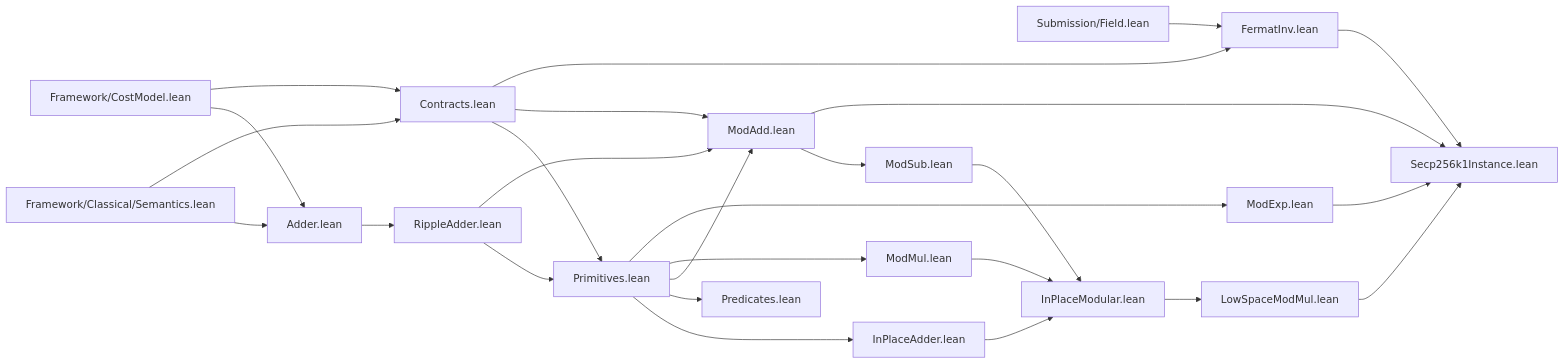
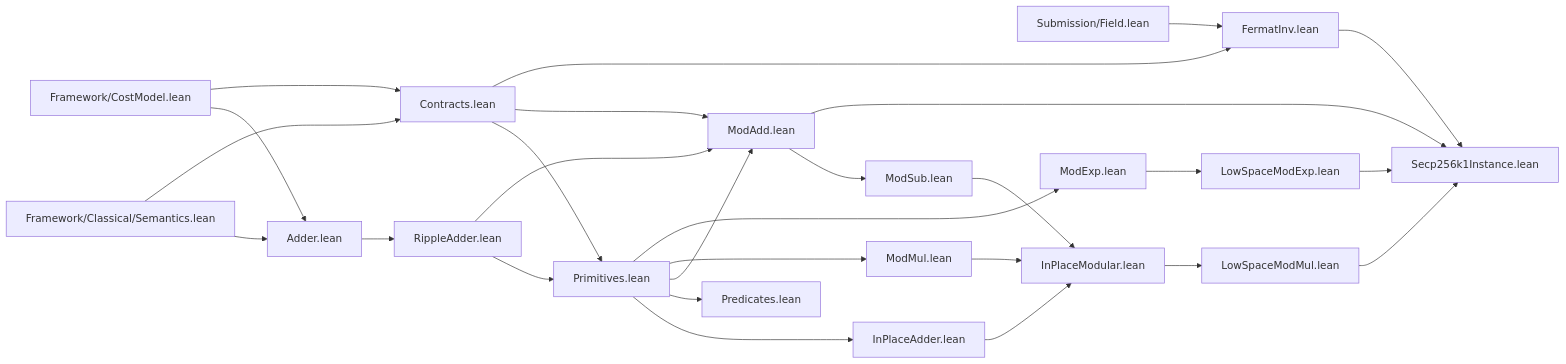
One commit to VerifiedQC/ShorECDLP changed the first of 2 diagrams in ShorECDLP/Submission/Arithmetic/README.md. Above: the diagram before and after it, drawn with Mermaid. The commit also changed other lines of this file and 12 other files, not shown here.

Commit message:
Add checkpointed low-space modular exponentiation

````diff
--- a/ShorECDLP/Submission/Arithmetic/README.md
+++ b/ShorECDLP/Submission/Arithmetic/README.md
@@ -52,47 +52,49 @@
 ```mermaid
 flowchart LR
   Semantics["Framework/Classical/Semantics.lean"]
   CostModel["Framework/CostModel.lean"]
   Field["Submission/Field.lean"]
 
   Adder["Adder.lean"]
   Contracts["Contracts.lean"]
   Ripple["RippleAdder.lean"]
   Primitives["Primitives.lean"]
   InPlaceAdder["InPlaceAdder.lean"]
   InPlaceModular["InPlaceModular.lean"]
   LowSpaceModMul["LowSpaceModMul.lean"]
   Predicates["Predicates.lean"]
   ModAdd["ModAdd.lean"]
   ModSub["ModSub.lean"]
   ModMul["ModMul.lean"]
   ModExp["ModExp.lean"]
+  LowSpaceModExp["LowSpaceModExp.lean"]
   FermatInv["FermatInv.lean"]
   Instance["Secp256k1Instance.lean"]
 
   Semantics --> Adder
   CostModel --> Adder
   Semantics --> Contracts
   CostModel --> Contracts
   Adder --> Ripple
   Contracts --> Primitives
   Ripple --> Primitives
   Primitives --> InPlaceAdder
   Primitives --> Predicates
   Contracts --> ModAdd
   Ripple --> ModAdd
   Primitives --> ModAdd
   ModAdd --> ModSub
   Primitives --> ModMul
   InPlaceAdder --> InPlaceModular
   ModSub --> InPlaceModular
   ModMul --> InPlaceModular
   InPlaceModular --> LowSpaceModMul
   Primitives --> ModExp
+  ModExp --> LowSpaceModExp
   Contracts --> FermatInv
   Field --> FermatInv
   ModAdd --> Instance
   LowSpaceModMul --> Instance
-  ModExp --> Instance
+  LowSpaceModExp --> Instance
   FermatInv --> Instance
 ```
````
